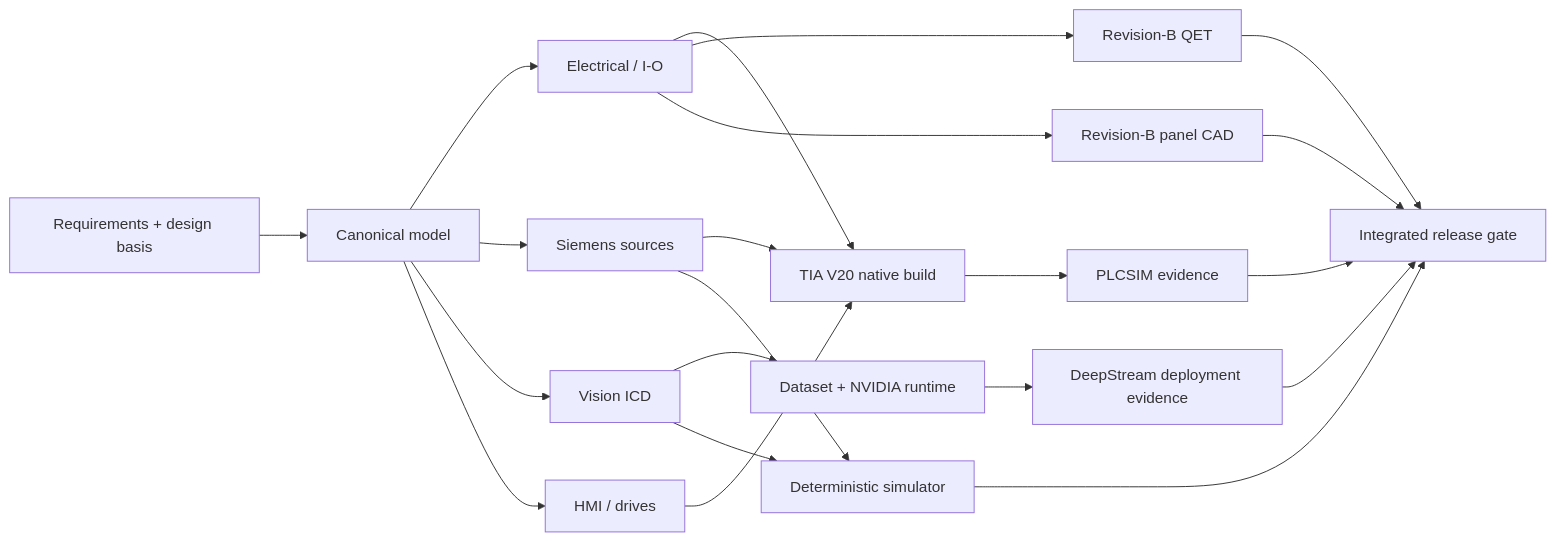
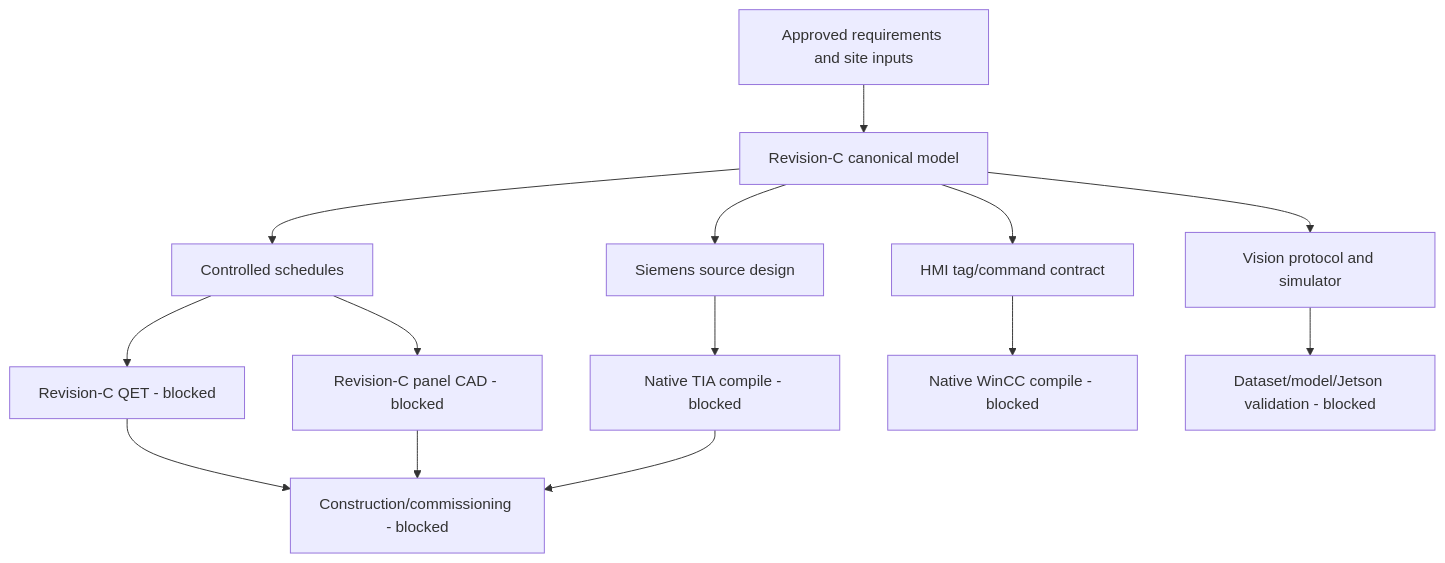
Before and after one commit to chad416/industry-grade-siemens-nvidia: the diagram in 00_project_control/dependency_graph.mmd, drawn with Mermaid. The commit also changed 164 other files, not shown here.

```diff
--- a/00_project_control/dependency_graph.mmd
+++ b/00_project_control/dependency_graph.mmd
@@ -1,21 +1,14 @@
-flowchart LR
-  R["Requirements + design basis"] --> C["Canonical model"]
-  C --> E["Electrical / I-O"]
-  C --> S["Siemens sources"]
-  C --> V["Vision ICD"]
-  C --> H["HMI / drives"]
-  E --> TIA["TIA V20 native build"]
-  S --> TIA
-  H --> TIA
-  V --> AI["Dataset + NVIDIA runtime"]
-  V --> SIM["Deterministic simulator"]
-  S --> SIM
-  TIA --> PLC["PLCSIM evidence"]
-  AI --> DS["DeepStream deployment evidence"]
-  E --> QET["Revision-B QET"]
-  E --> CAD["Revision-B panel CAD"]
-  PLC --> REL["Integrated release gate"]
-  DS --> REL
-  QET --> REL
-  CAD --> REL
-  SIM --> REL
+flowchart TD
+  R[Approved requirements and site inputs] --> C[Revision-C canonical model]
+  C --> S[Controlled schedules]
+  C --> PLC[Siemens source design]
+  C --> HMI[HMI tag/command contract]
+  C --> V[Vision protocol and simulator]
+  S --> QET[Revision-C QET - blocked]
+  S --> CAD[Revision-C panel CAD - blocked]
+  PLC --> TIA[Native TIA compile - blocked]
+  HMI --> WINCC[Native WinCC compile - blocked]
+  V --> TARGET[Dataset/model/Jetson validation - blocked]
+  QET --> PHYSICAL[Construction/commissioning - blocked]
+  CAD --> PHYSICAL
+  TIA --> PHYSICAL
```
